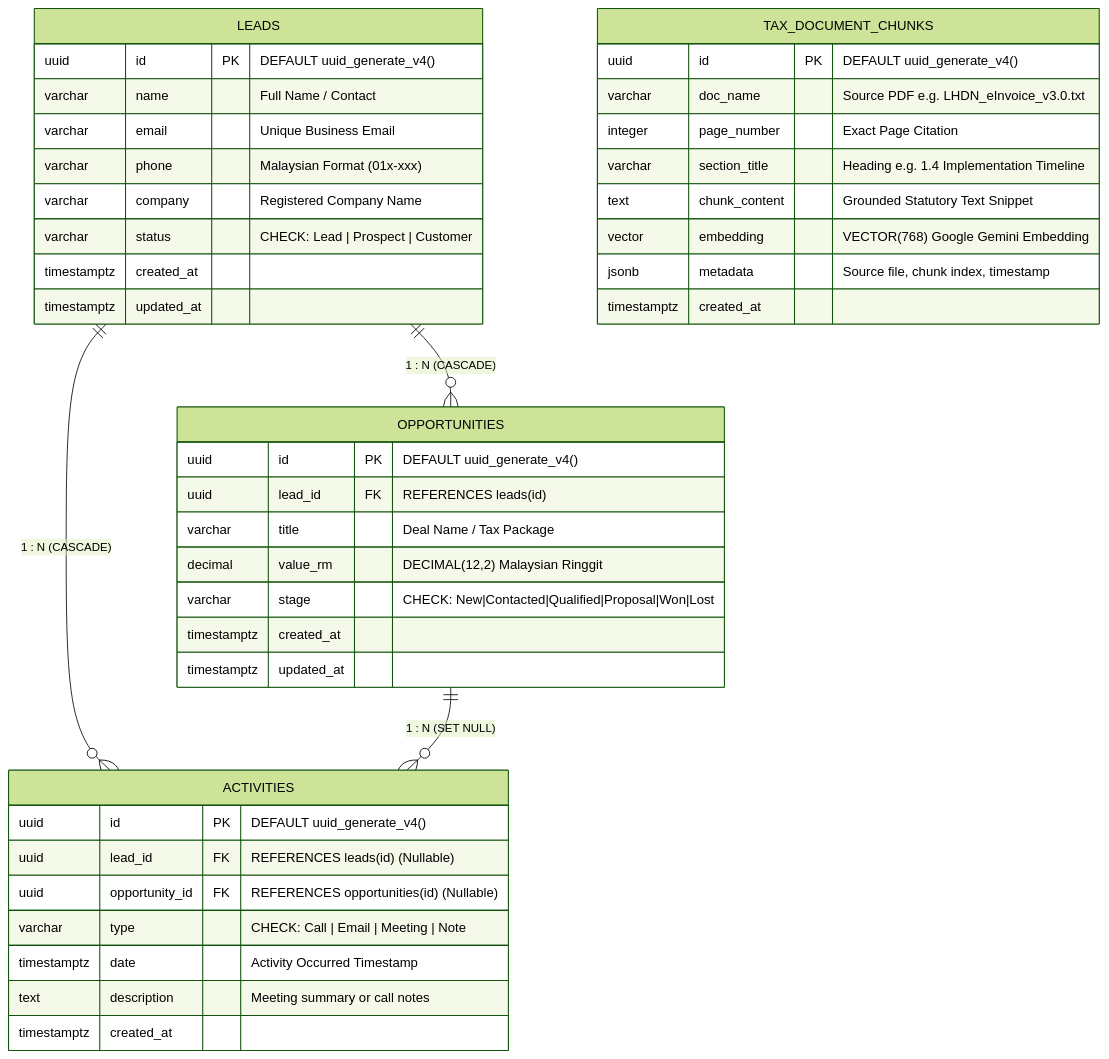
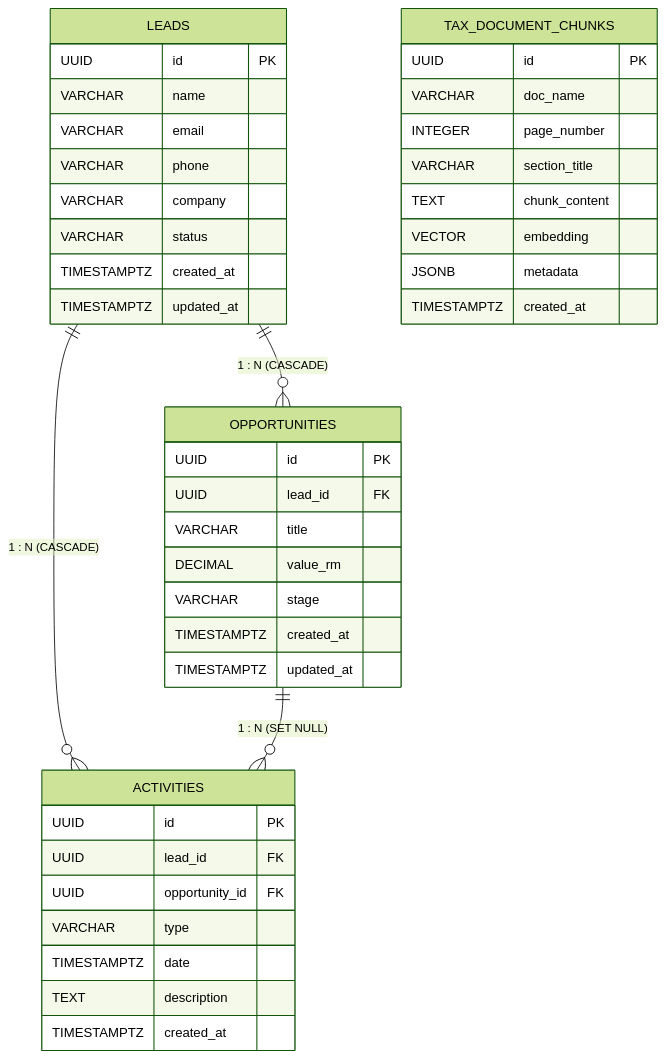
One commit to abrahamhoo21/taxflow-ai changed the diagram in design/database-erd.mermaid. Above: the diagram before and after it, drawn with Mermaid (forest theme). The commit also changed 1 other file, not shown here.

Commit message:
docs: clean up ERD mermaid diagram with uppercase types and left-aligned PK/FK badges

```diff
--- a/design/database-erd.mermaid
+++ b/design/database-erd.mermaid
@@ -1,46 +1,46 @@
 erDiagram
     LEADS ||--o{ OPPORTUNITIES : "1 : N (CASCADE)"
     LEADS ||--o{ ACTIVITIES : "1 : N (CASCADE)"
     OPPORTUNITIES ||--o{ ACTIVITIES : "1 : N (SET NULL)"
 
     LEADS {
-        uuid id PK "DEFAULT uuid_generate_v4()"
-        varchar name "Full Name / Contact"
-        varchar email "Unique Business Email"
-        varchar phone "Malaysian Format (01x-xxx)"
-        varchar company "Registered Company Name"
-        varchar status "CHECK: Lead | Prospect | Customer"
-        timestamptz created_at
-        timestamptz updated_at
+        UUID id PK
+        VARCHAR name
+        VARCHAR email
+        VARCHAR phone
+        VARCHAR company
+        VARCHAR status
+        TIMESTAMPTZ created_at
+        TIMESTAMPTZ updated_at
     }
 
     OPPORTUNITIES {
-        uuid id PK "DEFAULT uuid_generate_v4()"
-        uuid lead_id FK "REFERENCES leads(id)"
-        varchar title "Deal Name / Tax Package"
-        decimal value_rm "DECIMAL(12,2) Malaysian Ringgit"
-        varchar stage "CHECK: New|Contacted|Qualified|Proposal|Won|Lost"
-        timestamptz created_at
-        timestamptz updated_at
+        UUID id PK
+        UUID lead_id FK
+        VARCHAR title
+        DECIMAL value_rm
+        VARCHAR stage
+        TIMESTAMPTZ created_at
+        TIMESTAMPTZ updated_at
     }
 
     ACTIVITIES {
-        uuid id PK "DEFAULT uuid_generate_v4()"
-        uuid lead_id FK "REFERENCES leads(id) (Nullable)"
-        uuid opportunity_id FK "REFERENCES opportunities(id) (Nullable)"
-        varchar type "CHECK: Call | Email | Meeting | Note"
-        timestamptz date "Activity Occurred Timestamp"
-        text description "Meeting summary or call notes"
-        timestamptz created_at
+        UUID id PK
+        UUID lead_id FK
+        UUID opportunity_id FK
+        VARCHAR type
+        TIMESTAMPTZ date
+        TEXT description
+        TIMESTAMPTZ created_at
     }
 
     TAX_DOCUMENT_CHUNKS {
-        uuid id PK "DEFAULT uuid_generate_v4()"
-        varchar doc_name "Source PDF e.g. LHDN_eInvoice_v3.0.txt"
-        integer page_number "Exact Page Citation"
-        varchar section_title "Heading e.g. 1.4 Implementation Timeline"
-        text chunk_content "Grounded Statutory Text Snippet"
-        vector embedding "VECTOR(768) Google Gemini Embedding"
-        jsonb metadata "Source file, chunk index, timestamp"
-        timestamptz created_at
+        UUID id PK
+        VARCHAR doc_name
+        INTEGER page_number
+        VARCHAR section_title
+        TEXT chunk_content
+        VECTOR embedding
+        JSONB metadata
+        TIMESTAMPTZ created_at
     }
```
